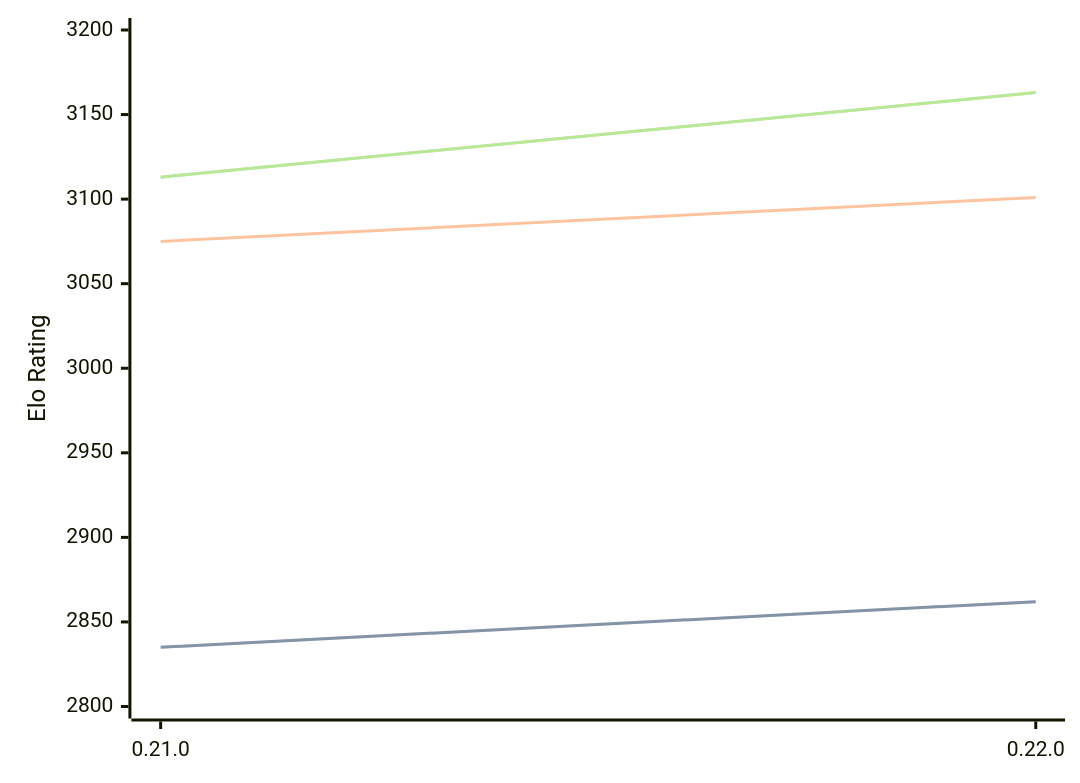
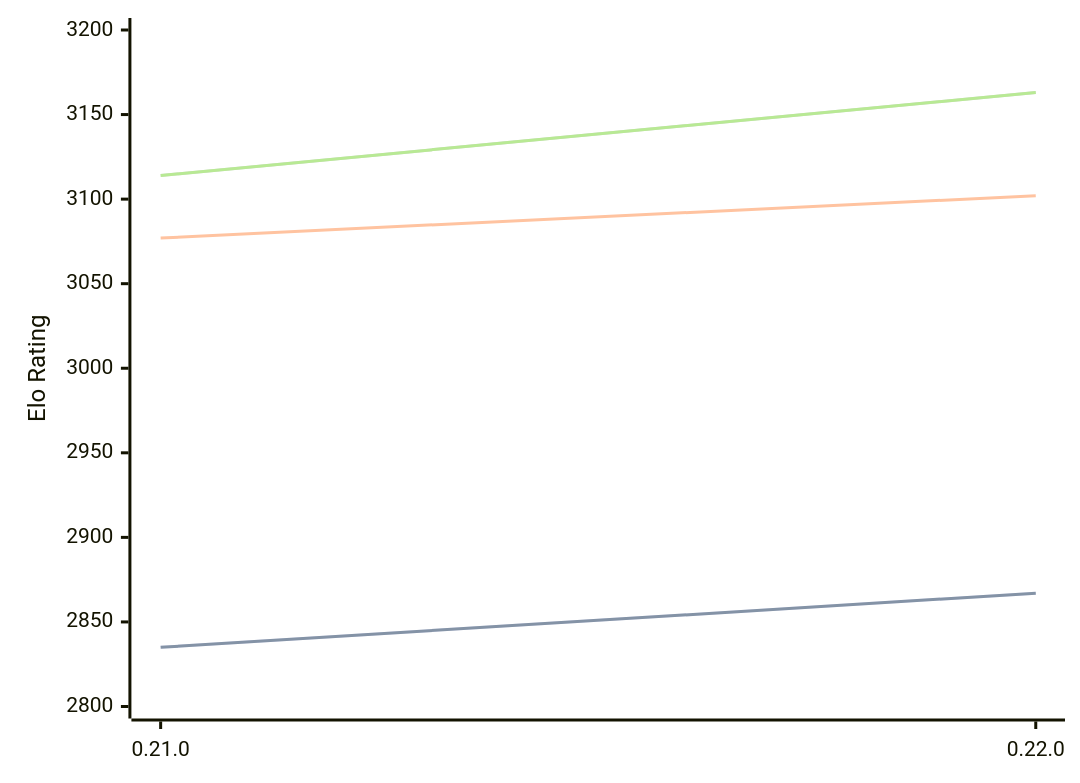
One commit to computer-chess-index/cci changed the diagram in engines/Princhess.md. Above: the diagram before and after it, drawn with Mermaid. The commit also changed other lines of this file, not shown here.

Commit message:
Update CCI Ratings (ELO VLTC) - 2026-08-29

````diff
--- a/engines/Princhess.md
+++ b/engines/Princhess.md
@@ -32,11 +32,11 @@
 ```mermaid
 %%{init: {"theme":"base","themeVariables":{"seriesColors:['#a3a3a3','#222221','#faa371']}}}%%
 xychart-beta
   x-axis ["0.21.0", "0.22.0"]
   y-axis "Elo Rating" 2800 --> 3200
-  line "" [2835, 2862]
-  line "STC (8.0+0.08s)" [2835, 2862]
-  line "LTC (60.0+0.60s)" [3075, 3101]
-  line "" [3113, 3163]
-  line "VLTC (2m24s+1.12s)" [3113, 3163]
+  line "" [2835, 2867]
+  line "STC (8.0+0.08s)" [2835, 2867]
+  line "LTC (60.0+0.60s)" [3077, 3102]
+  line "" [3114, 3163]
+  line "VLTC (2m24s+1.12s)" [3114, 3163]
 ```
````
